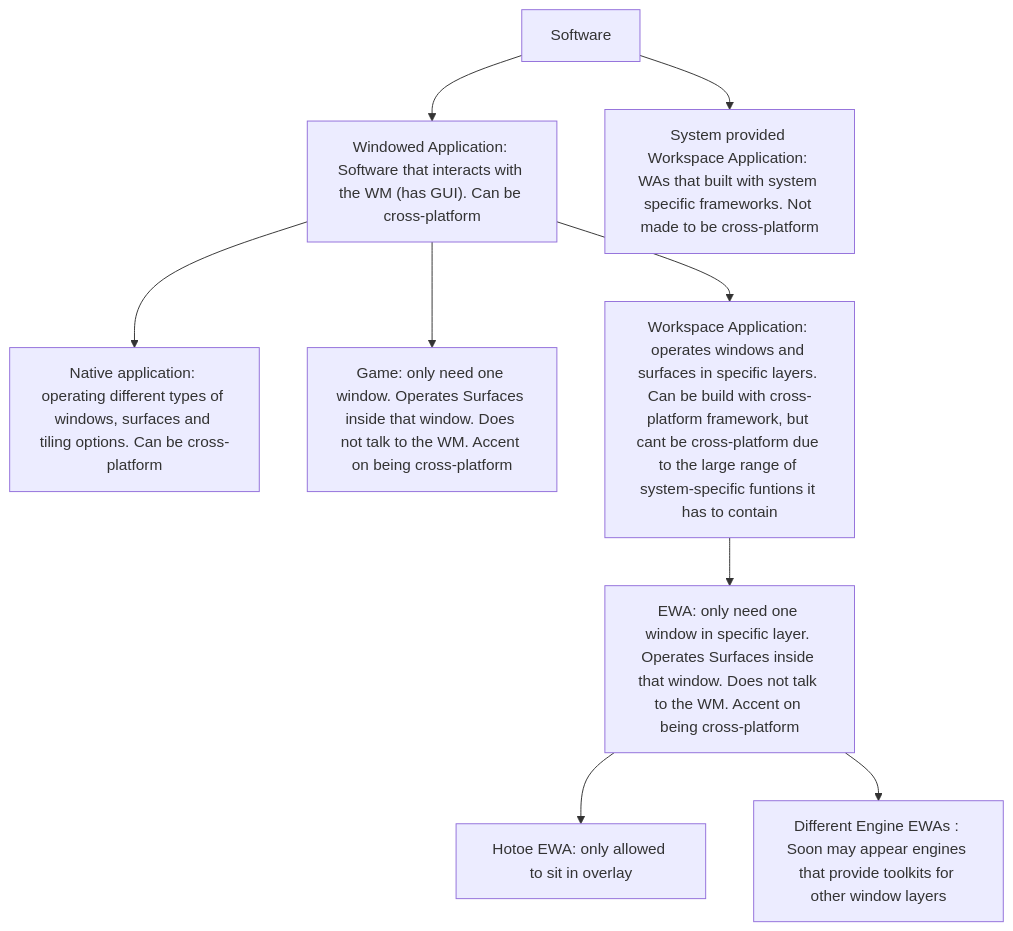
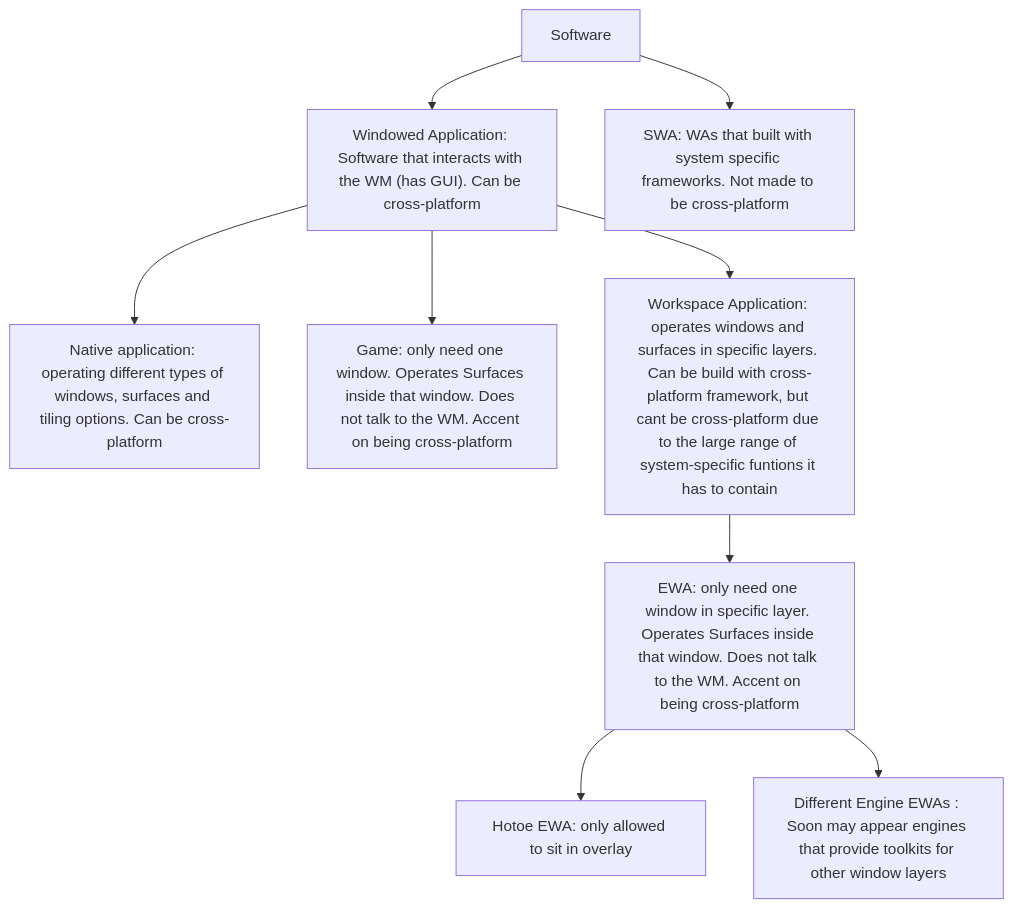
One commit to KartofellFirst/Hotoe changed the diagram in PHILOSOPHY.md. Above: the diagram before and after it, drawn with Mermaid. The commit also changed other lines of this file, not shown here.

````diff
--- a/PHILOSOPHY.md
+++ b/PHILOSOPHY.md
@@ -162,11 +161,11 @@
   ```mermaid
     graph TD
         Software[Software] --> A["Windowed Application: Software that interacts with the WM (has GUI). Can be cross-platform"]
         A --> N["Native application: operating different types of windows, surfaces and tiling options. Can be cross-platform"]
         A --> G["Game: only need one window. Operates Surfaces inside that window. Does not talk to the WM. Accent on being cross-platform"]
         A --> WA["Workspace Application: operates windows and surfaces in specific layers. Can be build with cross-platform framework, but cant be cross-platform due to the large range of system-specific funtions it has to contain"]
         WA --> EWA[EWA: only need one window in specific layer. Operates Surfaces inside that window. Does not talk to the WM. Accent on being cross-platform]
         EWA --> Hotoe["Hotoe EWA: only allowed to sit in overlay"]
         EWA --> E["Different Engine EWAs : Soon may appear engines that provide toolkits for other window layers"]
-        Software --> SWA["System provided Workspace Application: WAs that built with system specific frameworks. Not made to be cross-platform"]
+        Software --> SWA["SWA: WAs that built with system specific frameworks. Not made to be cross-platform"]
   ```
````
